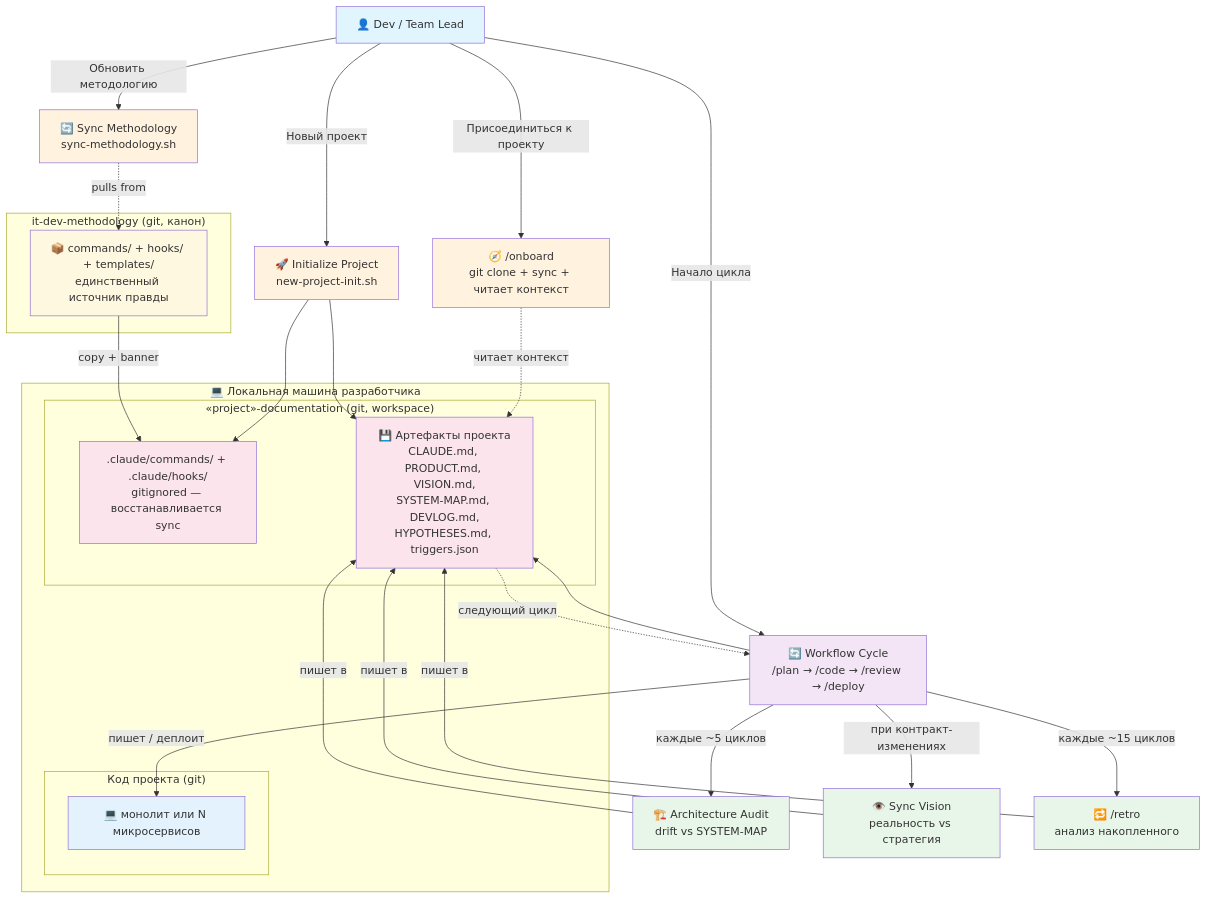
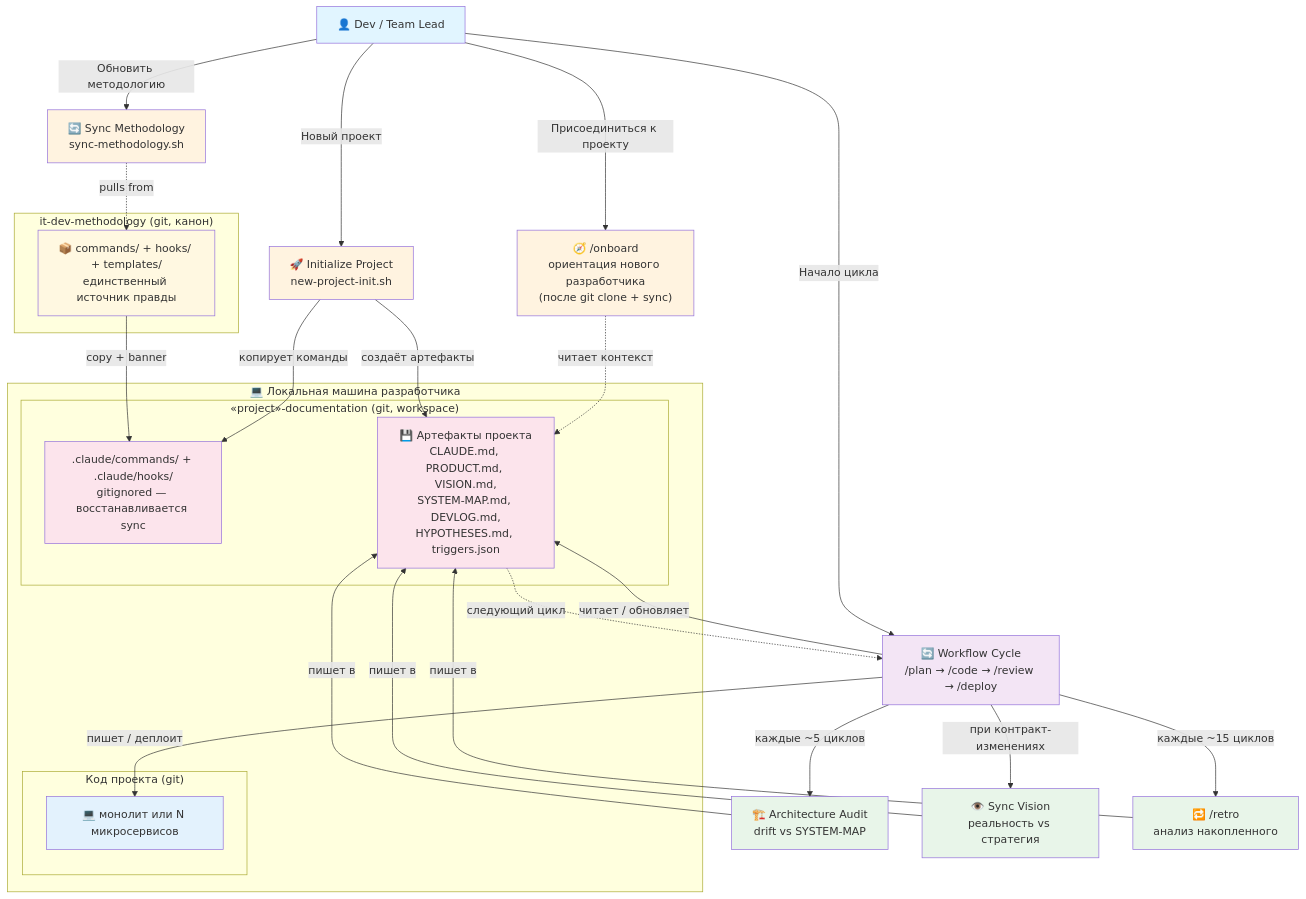
The diagram in docs/product/USER-MAP.md (cait-solutions/it-dev-methodology), drawn with Mermaid before and after one commit.

Commit message:
fix(user-map): label all arrows + clarify /onboard description [methodology]
- /onboard: clarified as "ориентация нового разработчика (после git clone + sync)"
- Init → LocalCmds: "копирует команды"
- Init → Storage: "создаёт артефакты"
- Workflow → Storage: "читает / обновляет"

````diff
--- a/docs/product/USER-MAP.md
+++ b/docs/product/USER-MAP.md
@@ -24,53 +24,53 @@
 ```mermaid
 graph TD
     Dev["👤 Dev / Team Lead"]
 
     subgraph Methodology["it-dev-methodology (git, канон)"]
         Canon["📦 commands/ + hooks/ + templates/<br/>единственный источник правды"]
     end
 
     subgraph Local["💻 Локальная машина разработчика"]
         subgraph DocRepo["«project»-documentation (git, workspace)"]
             LocalCmds[".claude/commands/ + .claude/hooks/<br/>gitignored — восстанавливается sync"]
             Storage["💾 Артефакты проекта<br/>CLAUDE.md, PRODUCT.md, VISION.md,<br/>SYSTEM-MAP.md, DEVLOG.md,<br/>HYPOTHESES.md, triggers.json"]
         end
         subgraph CodeRepos["Код проекта (git)"]
             Services["💻 монолит или N микросервисов"]
         end
     end
 
     Dev -->|"Новый проект"| Init["🚀 Initialize Project<br/>new-project-init.sh"]
-    Dev -->|"Присоединиться к проекту"| Onboard["🧭 /onboard<br/>git clone + sync + читает контекст"]
+    Dev -->|"Присоединиться к проекту"| Onboard["🧭 /onboard<br/>ориентация нового разработчика<br/>(после git clone + sync)"]
     Dev -->|"Начало цикла"| Workflow["🔄 Workflow Cycle<br/>/plan → /code → /review → /deploy"]
     Dev -->|"Обновить методологию"| Sync["🔄 Sync Methodology<br/>sync-methodology.sh"]
 
     Sync -.->|"pulls from"| Canon
     Canon -->|"copy + banner"| LocalCmds
-    Init --> LocalCmds
-    Init --> Storage
+    Init -->|"копирует команды"| LocalCmds
+    Init -->|"создаёт артефакты"| Storage
     Onboard -.->|"читает контекст"| Storage
-    Workflow --> Storage
+    Workflow -->|"читает / обновляет"| Storage
     Workflow -->|"пишет / деплоит"| Services
 
     Workflow -->|"каждые ~5 циклов"| Audit["🏗️ Architecture Audit<br/>drift vs SYSTEM-MAP"]
     Workflow -->|"при контракт-изменениях"| Vision["👁️ Sync Vision<br/>реальность vs стратегия"]
     Workflow -->|"каждые ~15 циклов"| Retro["🔁 /retro<br/>анализ накопленного"]
 
     Audit -->|"пишет в"| Storage
     Vision -->|"пишет в"| Storage
     Retro -->|"пишет в"| Storage
     Storage -.->|"следующий цикл"| Workflow
 
     style Dev fill:#e1f5ff
     style Init fill:#fff3e0
     style Onboard fill:#fff3e0
     style Workflow fill:#f3e5f5
     style Sync fill:#fff3e0
     style Canon fill:#fff8e1
     style LocalCmds fill:#fce4ec
     style Storage fill:#fce4ec
     style Services fill:#e3f2fd
     style Audit fill:#e8f5e9
     style Vision fill:#e8f5e9
     style Retro fill:#e8f5e9
 ```
````
